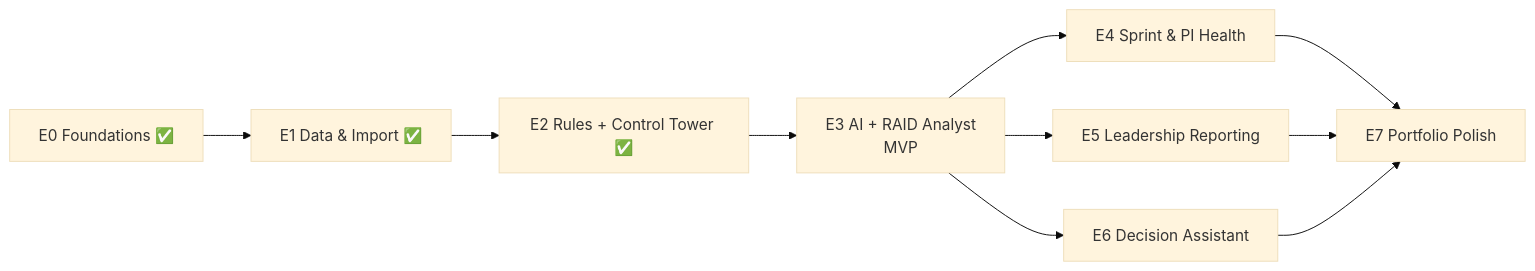
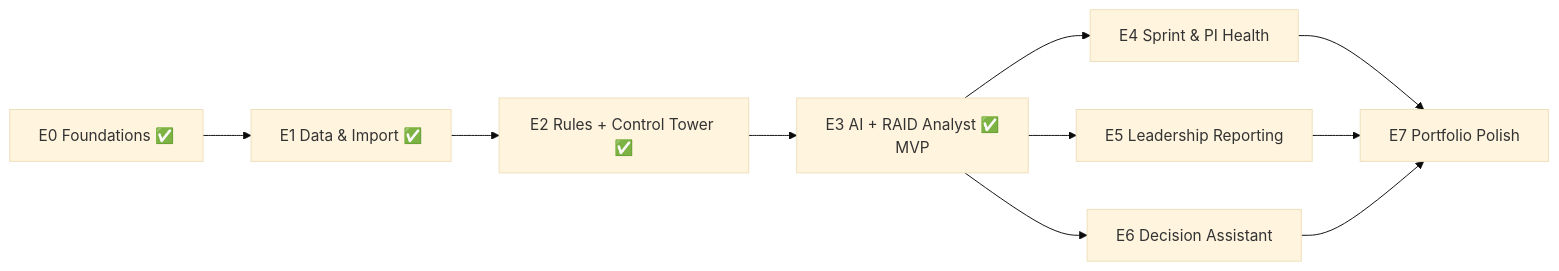
Before and after one commit to pratibha1990ps/ai-agile-delivery-manager-assistant: the diagram in docs/04_product_backlog.md, drawn with Mermaid (base theme). The commit also changed other lines of this file and 47 other files, not shown here.

First line of the commit message:
Phase 3: AI foundation, AI RAID Analyst and AI Audit Log

````diff
--- a/docs/04_product_backlog.md
+++ b/docs/04_product_backlog.md
@@ -20,9 +20,9 @@
 ```mermaid
 flowchart LR
     E0[E0 Foundations ✅] --> E1[E1 Data & Import ✅] --> E2[E2 Rules + Control Tower ✅]
-    E2 --> E3[E3 AI + RAID Analyst<br/>MVP]
+    E2 --> E3[E3 AI + RAID Analyst ✅<br/>MVP]
     E3 --> E4[E4 Sprint & PI Health]
     E3 --> E5[E5 Leadership Reporting]
     E3 --> E6[E6 Decision Assistant]
     E4 & E5 & E6 --> E7[E7 Portfolio Polish]
 ```
````
